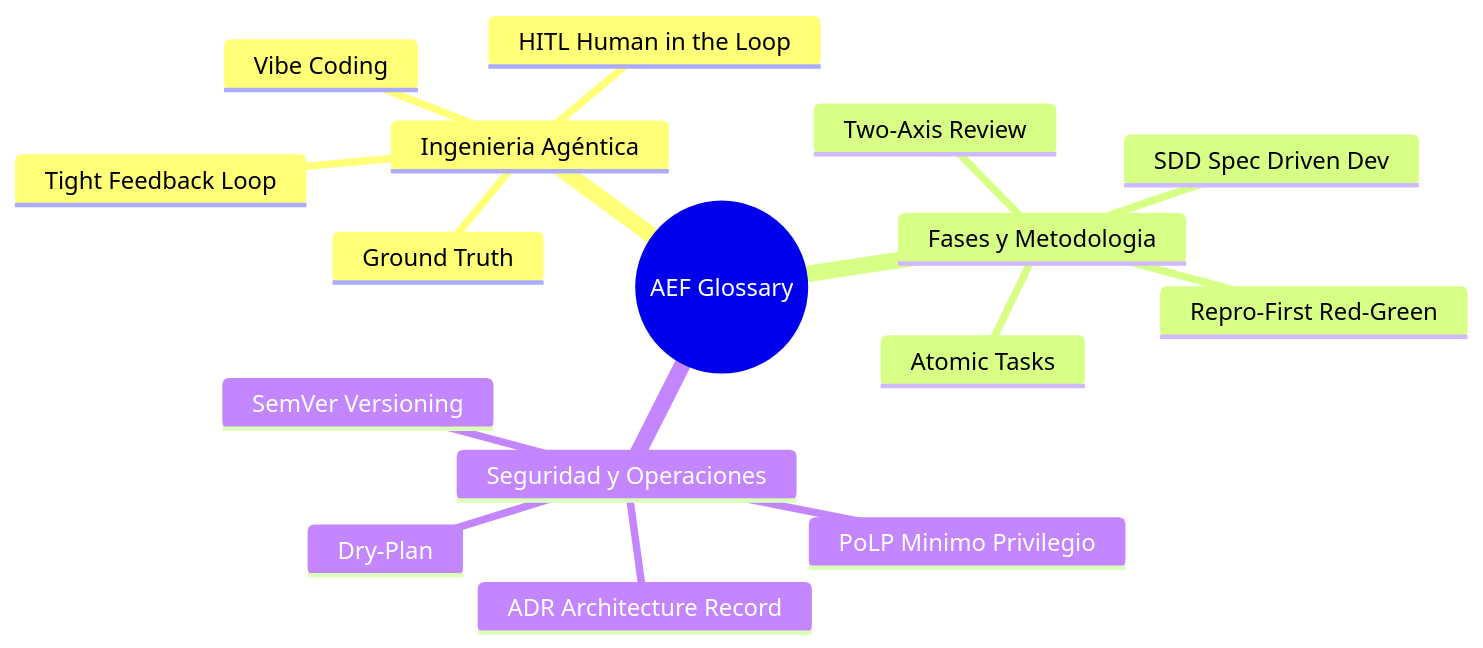
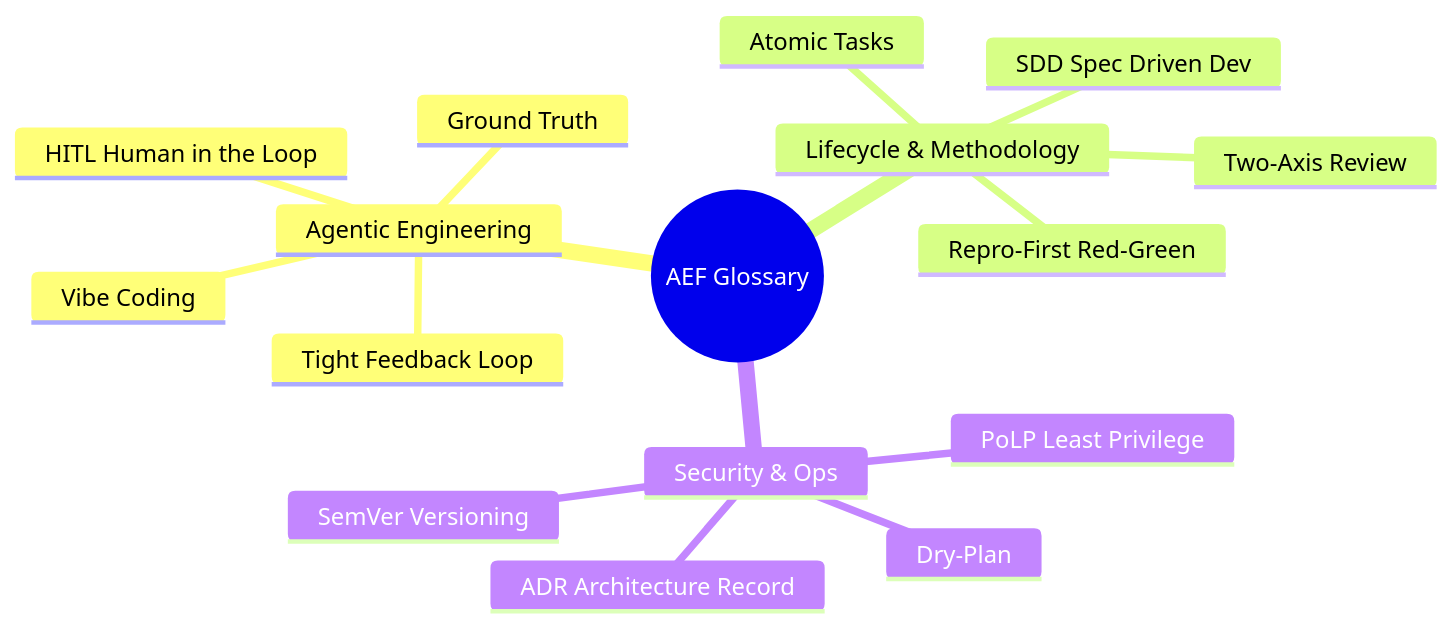
The diagram in docs/GLOSSARY.md (jmblanco/agentic-engineering-framework), drawn with Mermaid before and after one commit. The commit also changed other lines of this file and 14 other files, not shown here.

````diff
--- a/docs/GLOSSARY.md
+++ b/docs/GLOSSARY.md
@@ -7,19 +7,19 @@
 ```mermaid
 mindmap
   root((AEF Glossary))
-    Ingenieria Agéntica
+    Agentic Engineering
       HITL Human in the Loop
       Ground Truth
       Vibe Coding
       Tight Feedback Loop
-    Fases y Metodologia
+    Lifecycle & Methodology
       SDD Spec Driven Dev
       Atomic Tasks
       Repro-First Red-Green
       Two-Axis Review
-    Seguridad y Operaciones
-      PoLP Minimo Privilegio
+    Security & Ops
+      PoLP Least Privilege
       Dry-Plan
       SemVer Versioning
       ADR Architecture Record
 ```
````
